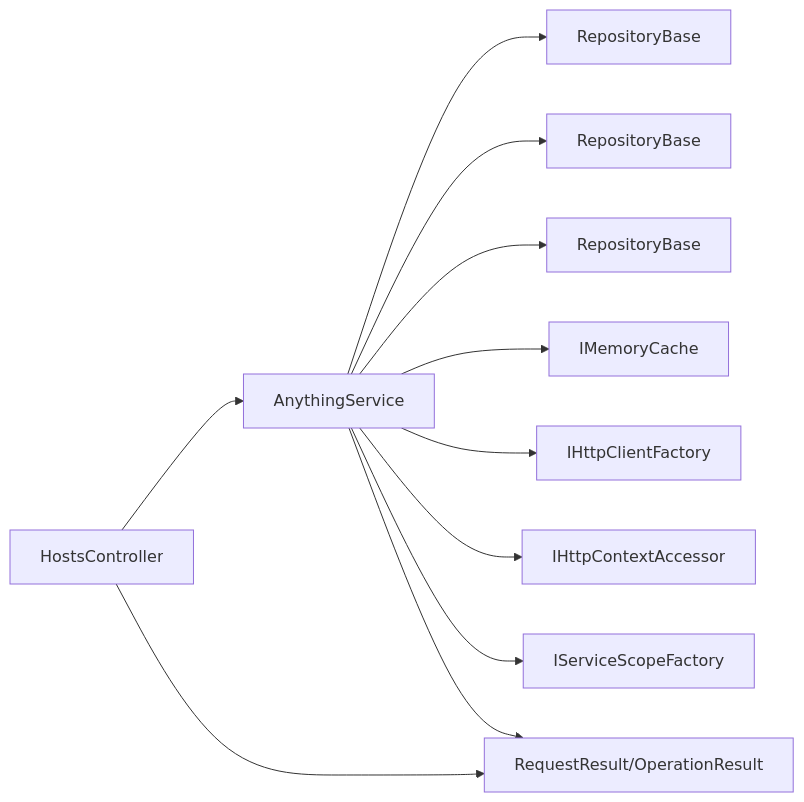
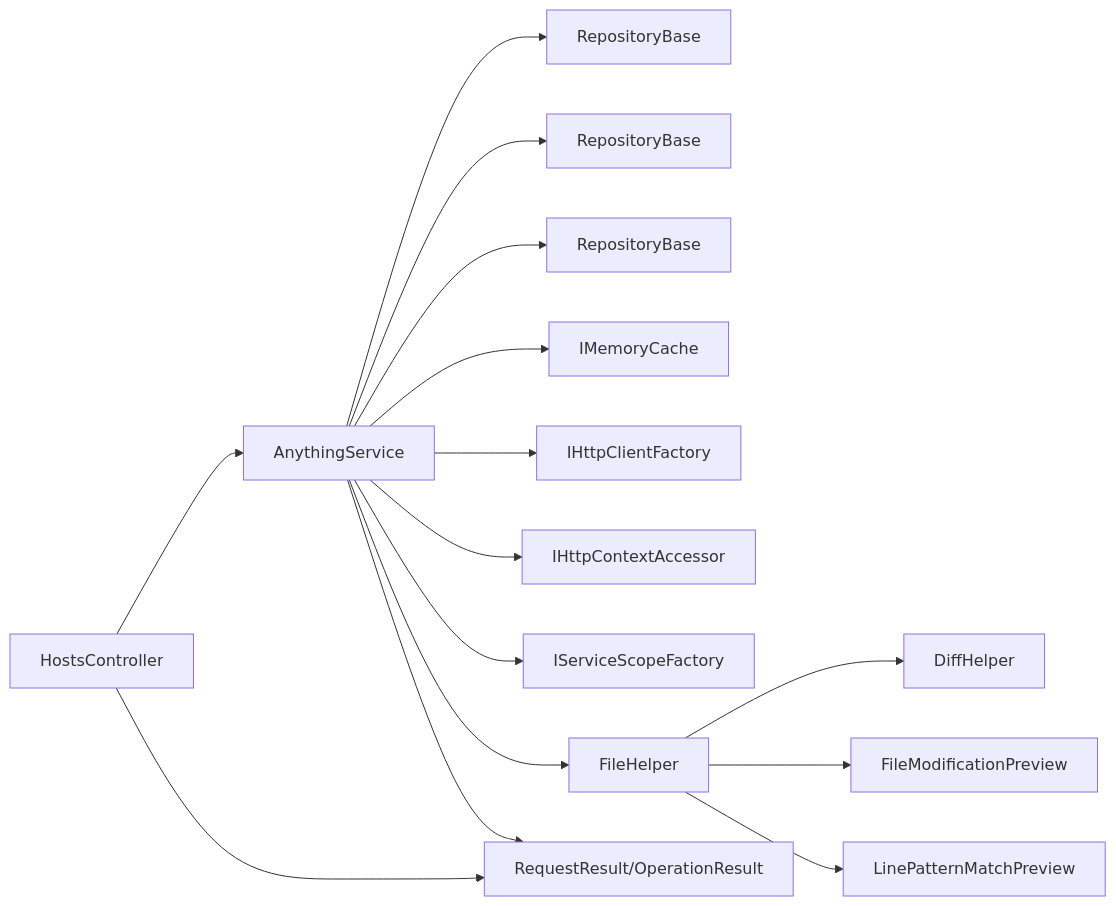
The sixth of 8 diagrams in .qoder/repowiki/zh/content/项目概述/核心特性/远程主机管理/控制器集成接口.md (Sosososolong/AirGo), drawn with Mermaid before and after one commit. The commit also changed other lines of this file and 12 other files, not shown here.

````diff
--- a/.qoder/repowiki/zh/content/项目概述/核心特性/远程主机管理/控制器集成接口.md
+++ b/.qoder/repowiki/zh/content/项目概述/核心特性/远程主机管理/控制器集成接口.md
@@ -327,13 +397,17 @@
 ```mermaid
 graph LR
 Ctrl["HostsController"] --> Svc["AnythingService"]
 Svc --> Repo1["RepositoryBase<AnythingSetting>"]
 Svc --> Repo2["RepositoryBase<AnythingExecutor>"]
 Svc --> Repo3["RepositoryBase<AnythingCommand>"]
 Svc --> Cache["IMemoryCache"]
 Svc --> HttpFac["IHttpClientFactory"]
 Svc --> Ctx["IHttpContextAccessor"]
 Svc --> Scope["IServiceScopeFactory"]
+Svc --> Helper["FileHelper"]
+Helper --> Diff["DiffHelper"]
 Ctrl --> Resp["RequestResult<T>/OperationResult"]
 Svc --> Resp
+Helper --> Preview1["FileModificationPreview"]
+Helper --> Preview2["LinePatternMatchPreview"]
 ```
````
